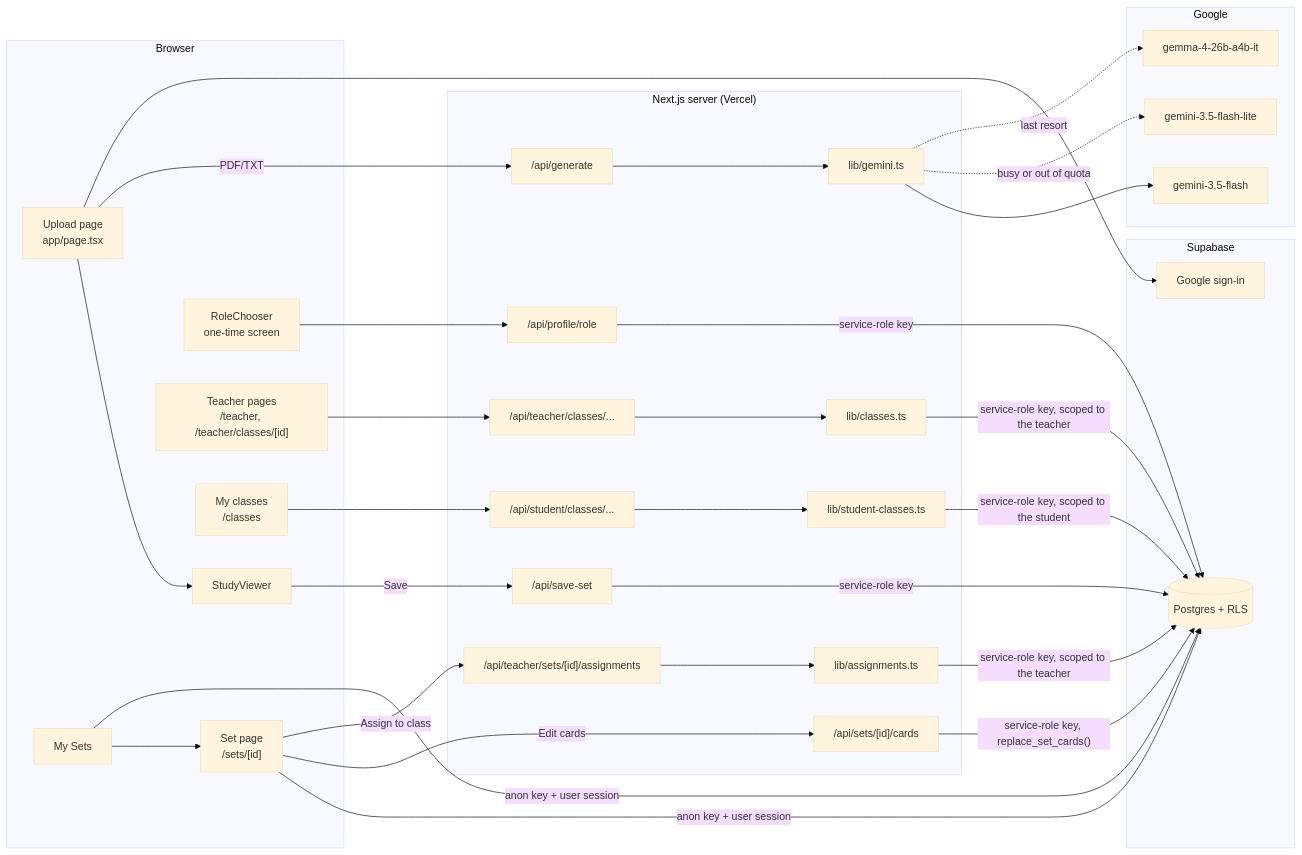
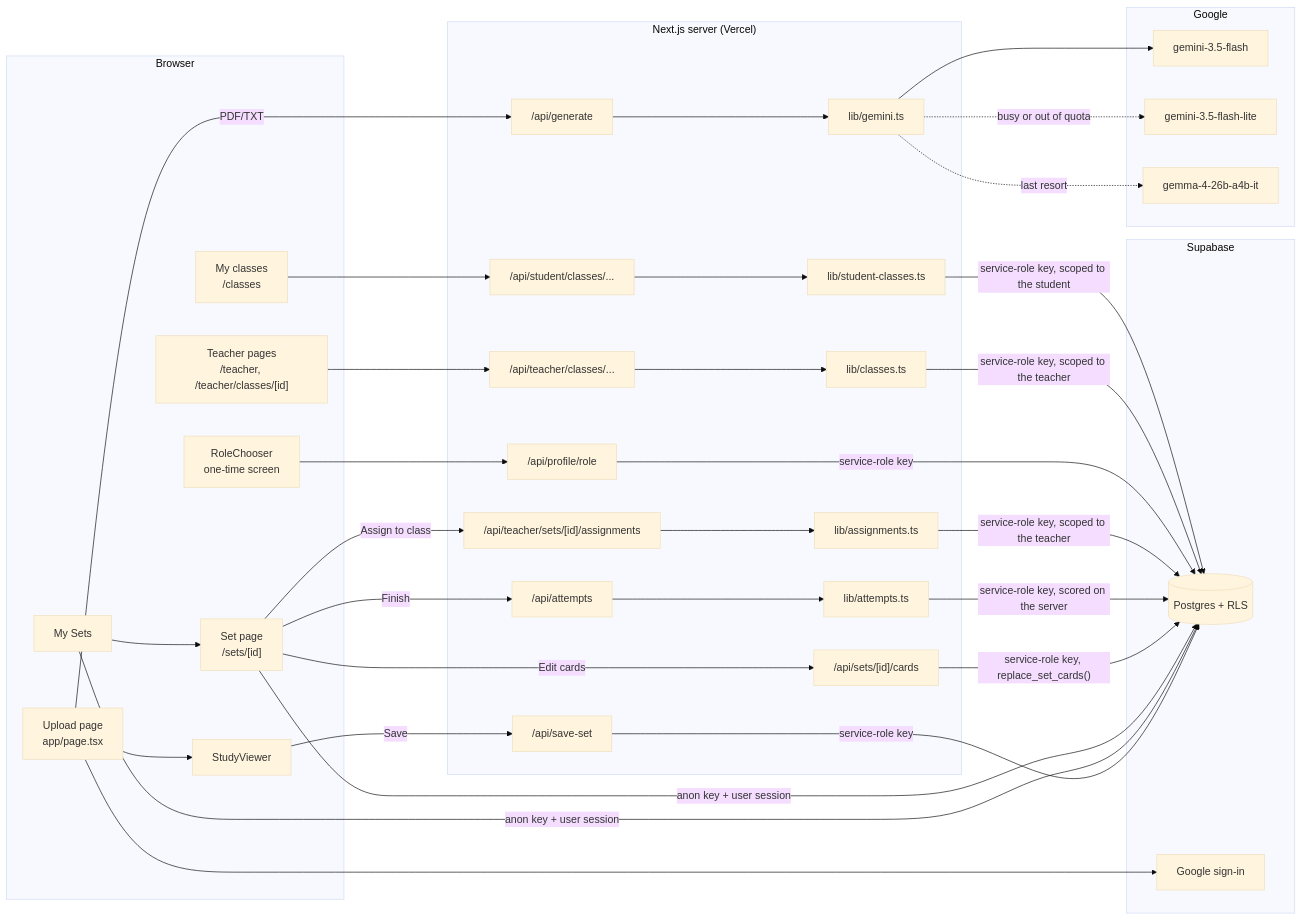
One commit to GABRIEL-CSTND/FlashForge changed the diagram in docs/ARCHITECTURE.md. Above: the diagram before and after it, drawn with Mermaid (base theme). The commit also changed other lines of this file and 19 other files, not shown here.

````diff
--- a/docs/ARCHITECTURE.md
+++ b/docs/ARCHITECTURE.md
@@ -8,41 +8,44 @@
 ```mermaid
 flowchart LR
   subgraph Browser
     U[Upload page<br/>app/page.tsx] --> SV[StudyViewer]
     MS[My Sets] --> SP["Set page<br/>/sets/[id]"]
     RC[RoleChooser<br/>one-time screen]
     T["Teacher pages<br/>/teacher, /teacher/classes/[id]"]
     MC["My classes<br/>/classes"]
   end
   subgraph "Next.js server (Vercel)"
     G["/api/generate"] --> AI[lib/gemini.ts]
     S["/api/save-set"]
     EC["/api/sets/[id]/cards"]
     AS["/api/teacher/sets/[id]/assignments"] --> ASL[lib/assignments.ts]
     R["/api/profile/role"]
     TC["/api/teacher/classes/..."] --> CL[lib/classes.ts]
     SC["/api/student/classes/..."] --> SCL[lib/student-classes.ts]
+    AT["/api/attempts"] --> ATL[lib/attempts.ts]
   end
   subgraph Google
     AI --> M1[gemini-3.5-flash]
     AI -.->|busy or out of quota| M2[gemini-3.5-flash-lite]
     AI -.->|last resort| M3[gemma-4-26b-a4b-it]
   end
   subgraph Supabase
     DB[(Postgres + RLS)]
     AUTH[Google sign-in]
   end
   U -->|PDF/TXT| G
   SV -->|Save| S -->|service-role key| DB
   MS -->|anon key + user session| DB
   SP -->|anon key + user session| DB
   SP -->|Edit cards| EC -->|"service-role key, replace_set_cards()"| DB
   SP -->|Assign to class| AS
+  SP -->|Finish| AT
+  ATL -->|service-role key, scored on the server| DB
   ASL -->|service-role key, scoped to the teacher| DB
   U --> AUTH
   RC --> R -->|service-role key| DB
   T --> TC
   CL -->|service-role key, scoped to the teacher| DB
   MC --> SC
   SCL -->|service-role key, scoped to the student| DB
 ```
````
